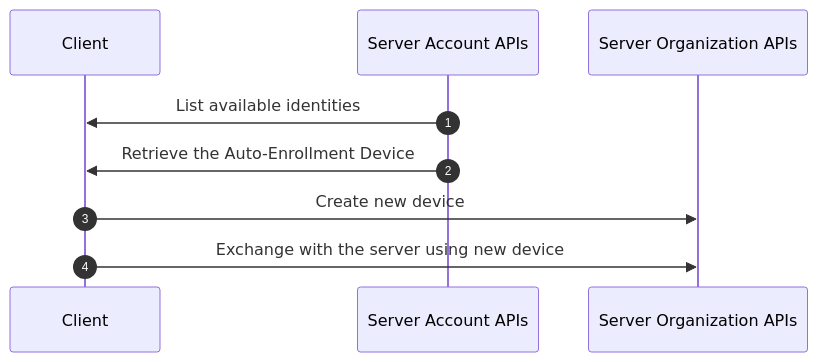
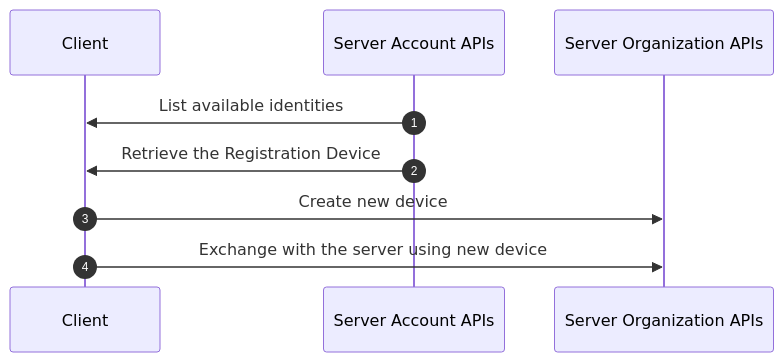
The first of 2 diagrams in docs/rfcs/1013-parsec-account.md (Scille/parsec-cloud), drawn with Mermaid before and after one commit. The commit also changed other lines of this file and 6 other files, not shown here.

````diff
--- a/docs/rfcs/1013-parsec-account.md
+++ b/docs/rfcs/1013-parsec-account.md
@@ -126,12 +137,12 @@
 ```mermaid
 sequenceDiagram
   autonumber
   participant Client
   participant S_Acc as Server Account APIs
   participant S_Org as Server Organization APIs
 
   S_Acc ->> Client: List available identities
-  S_Acc ->> Client: Retrieve the Auto-Enrollment Device
+  S_Acc ->> Client: Retrieve the Registration Device
   Client ->> S_Org: Create new device
   Client ->> S_Org: Exchange with the server using new device
 ```
````
